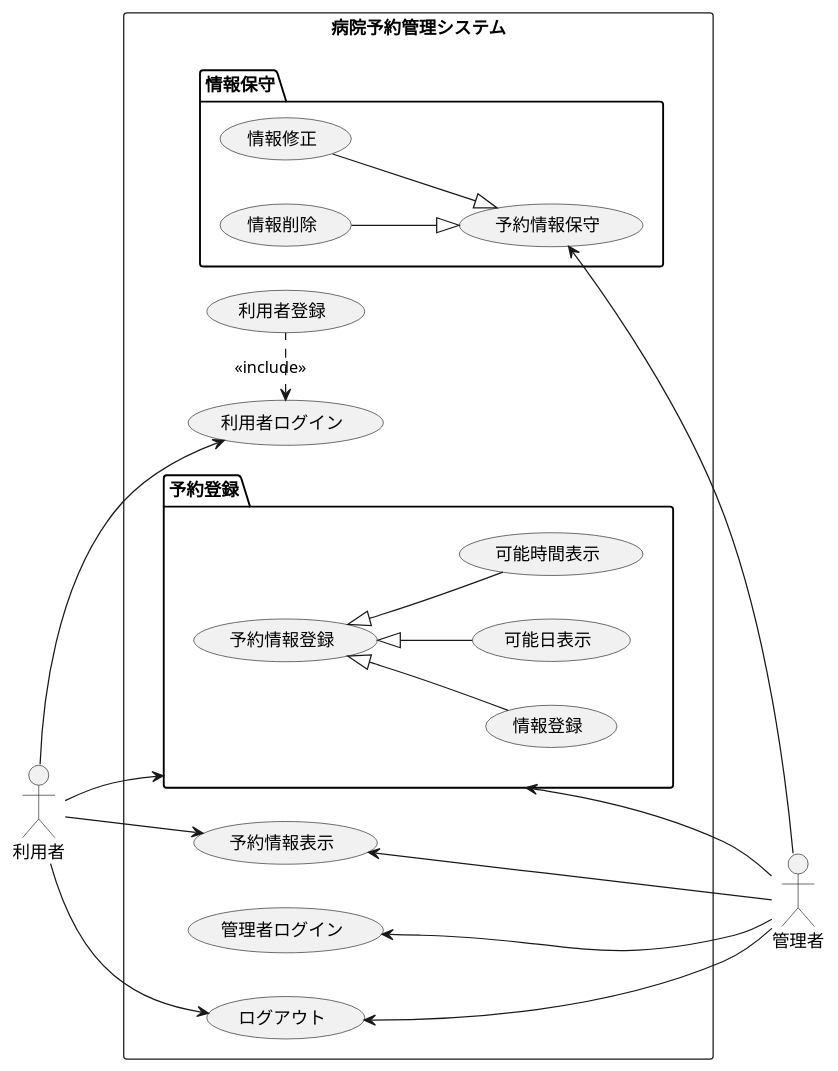
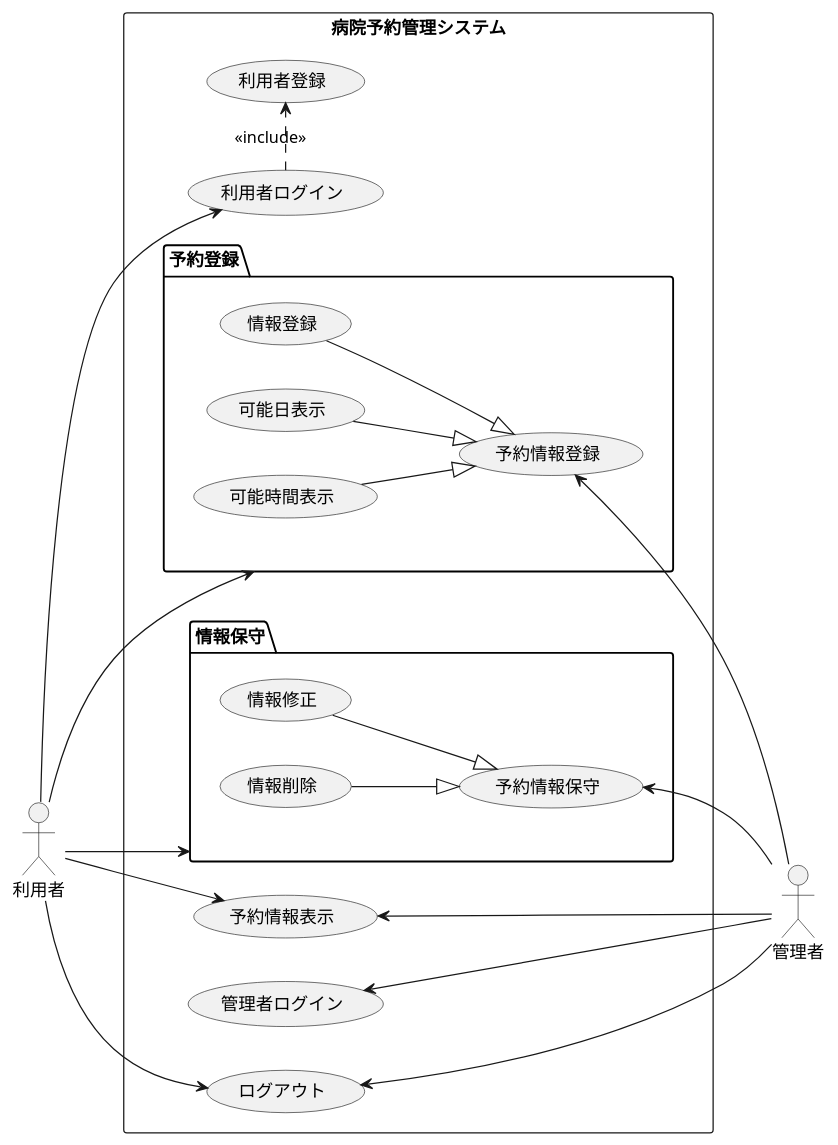
One commit to hitokin/uml_introduction changed the diagram in group.pu. Above: the diagram before and after it, drawn with PlantUML.

Commit message:
修正

```diff
--- a/group.pu
+++ b/group.pu
@@ -1,41 +1,42 @@
 @startuml ユースケース図
 left to right direction
 actor 利用者
 actor 管理者
 rectangle 病院予約管理システム {
     usecase 利用者登録
     usecase 利用者ログイン
     usecase 管理者ログイン
     usecase 予約情報表示 
     usecase ログアウト
-    利用者ログイン <. 利用者登録 : <<include>>
+    利用者ログイン .> 利用者登録 : <<include>>
         package 予約登録 {
             usecase 予約情報登録
             usecase 情報登録
             usecase 可能日表示
             usecase 可能時間表示
-            予約情報登録 <|-- 情報登録
-            予約情報登録 <|-- 可能日表示
-            予約情報登録 <|-- 可能時間表示
+            情報登録 --|> 予約情報登録
+            可能日表示 --|> 予約情報登録
+            可能時間表示 --|> 予約情報登録
         }
         package 情報保守 {
             usecase 予約情報保守
             usecase 情報修正
             usecase 情報削除
           情報修正 --|> 予約情報保守 
            情報削除--|> 予約情報保守 
         }
     
         
     利用者 --> 利用者ログイン
     利用者 --> ログアウト
     利用者 -> 予約情報表示
     利用者 --> 予約登録
-    管理者ログイン <-- 管理者
-    予約情報表示 <-- 管理者
-    予約情報保守 <-- 管理者 
-    ログアウト <-- 管理者
-    予約登録 <-- 管理者
+    利用者 --> 情報保守
+    予約情報登録 <-- 管理者
+    予約情報保守 <- 管理者 
+    予約情報表示 <- 管理者
+    管理者ログイン <- 管理者
+    ログアウト <- 管理者
 }
 
 @endumll
```
